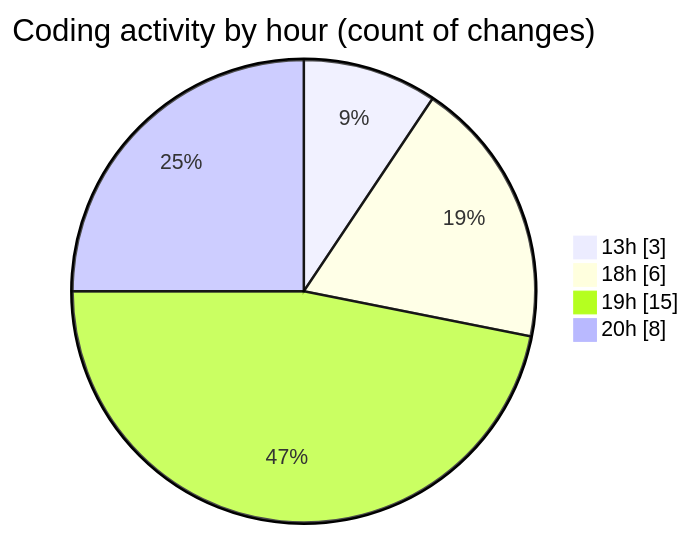
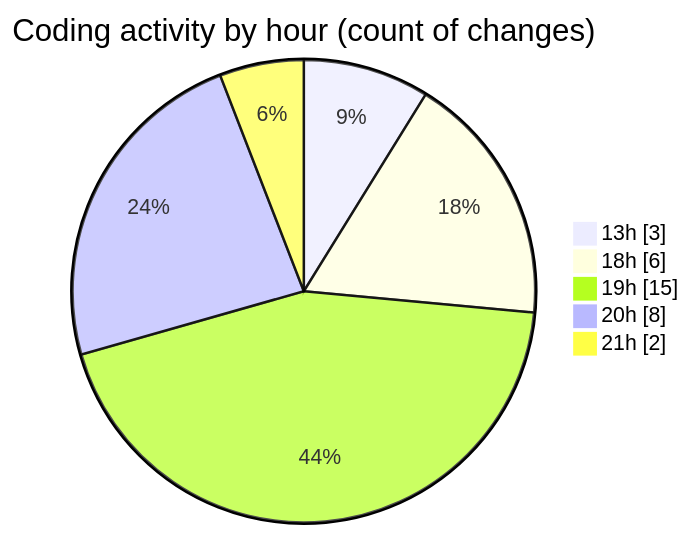
The second of 2 diagrams in 2025-07-16/telebot/README.md (jrari/code-tracking), drawn with Mermaid before and after one commit. The commit also changed other lines of this file and 1 other file, not shown here.

````diff
--- a/2025-07-16/telebot/README.md
+++ b/2025-07-16/telebot/README.md
@@ -39,8 +39,9 @@
 ```mermaid
 pie showData
 title Coding activity by hour (count of changes)
 "13h" : 3
 "18h" : 6
 "19h" : 15
 "20h" : 8
+"21h" : 2
 ```
````
